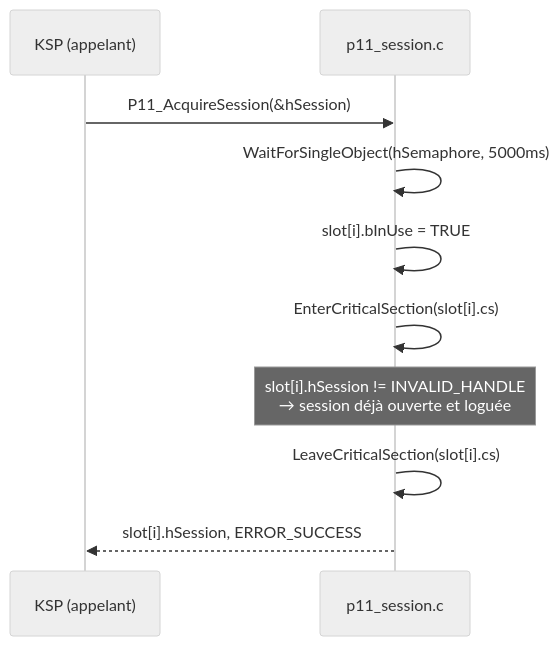
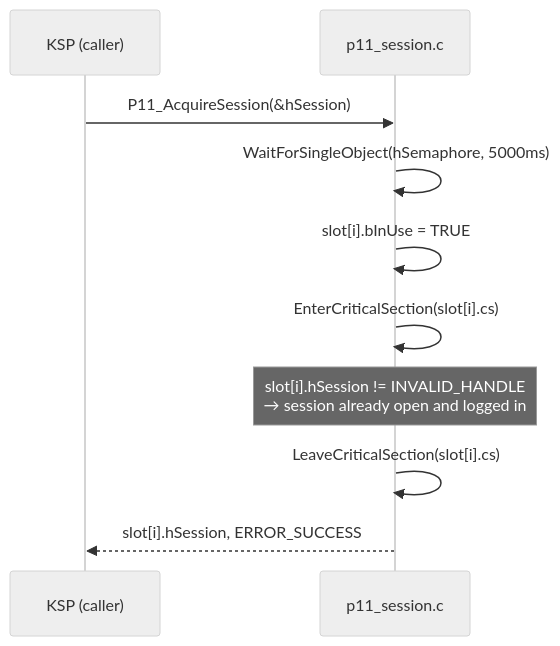
Before and after one commit to Gaillotte/Noida: the third of 4 diagrams in softhsm_ksp/docs/02-initialisation.md, drawn with Mermaid (neutral theme). The commit also changed other lines of this file and 9 other files, not shown here.

````diff
--- a/softhsm_ksp/docs/02-initialisation.md
+++ b/softhsm_ksp/docs/02-initialisation.md
@@ -111,13 +111,13 @@
 ```mermaid
 sequenceDiagram
-    participant KSP as KSP (appelant)
+    participant KSP as KSP (caller)
     participant Pool as p11_session.c
 
     KSP->>Pool: P11_AcquireSession(&hSession)
     Pool->>Pool: WaitForSingleObject(hSemaphore, 5000ms)
     Pool->>Pool: slot[i].bInUse = TRUE
     Pool->>Pool: EnterCriticalSection(slot[i].cs)
-    note over Pool: slot[i].hSession != INVALID_HANDLE<br/>→ session déjà ouverte et loguée
+    note over Pool: slot[i].hSession != INVALID_HANDLE<br/>→ session already open and logged in
     Pool->>Pool: LeaveCriticalSection(slot[i].cs)
     Pool-->>KSP: slot[i].hSession, ERROR_SUCCESS
 ```
````
